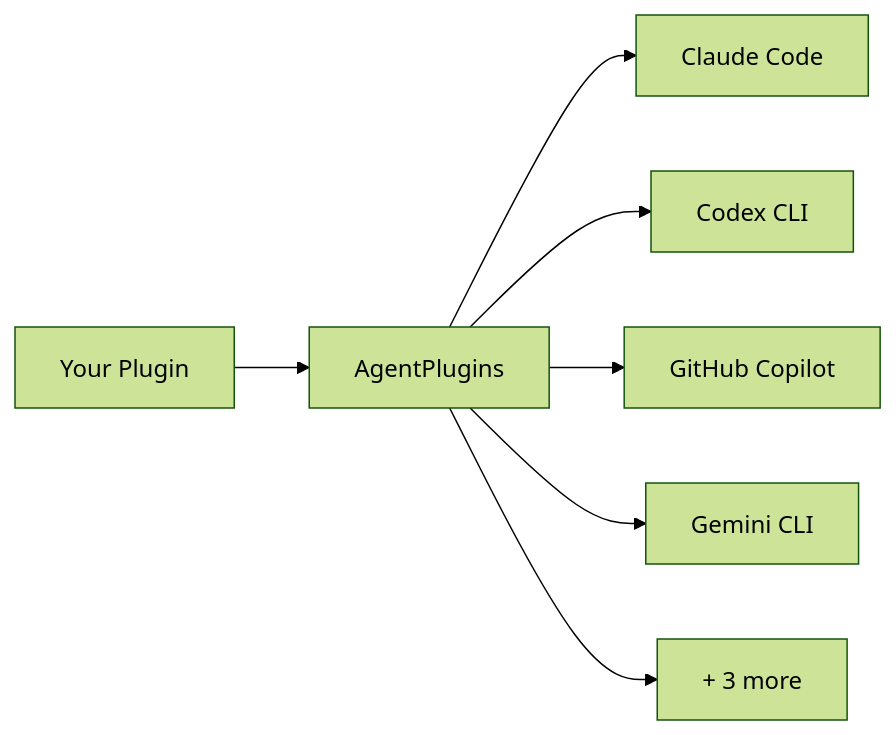
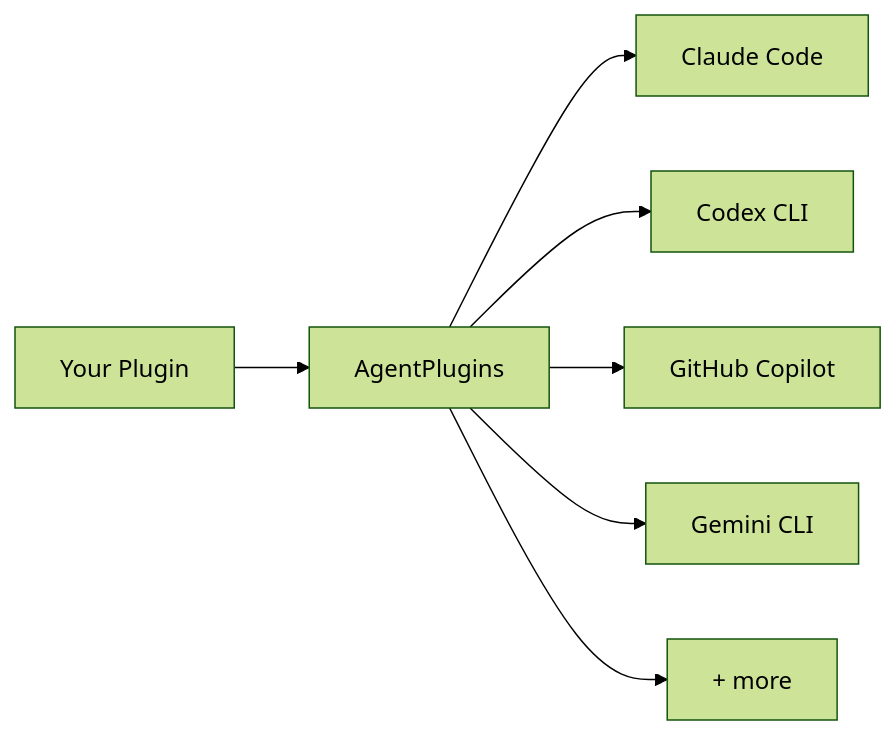
Before and after one commit to sigilco/agentplugins: the diagram in docs/guide/introduction.md, drawn with Mermaid (forest theme). The commit also changed other lines of this file and 5 other files, not shown here.

````diff
--- a/docs/guide/introduction.md
+++ b/docs/guide/introduction.md
@@ -31,9 +31,9 @@
 ```mermaid
 flowchart LR
   plugin["Your Plugin"] --> core["AgentPlugins"]
   core --> a1["Claude Code"]
   core --> a2["Codex CLI"]
   core --> a3["GitHub Copilot"]
   core --> a4["Gemini CLI"]
-  core --> a5["+ 3 more"]
+  core --> a5["+ more"]
 ```
````
